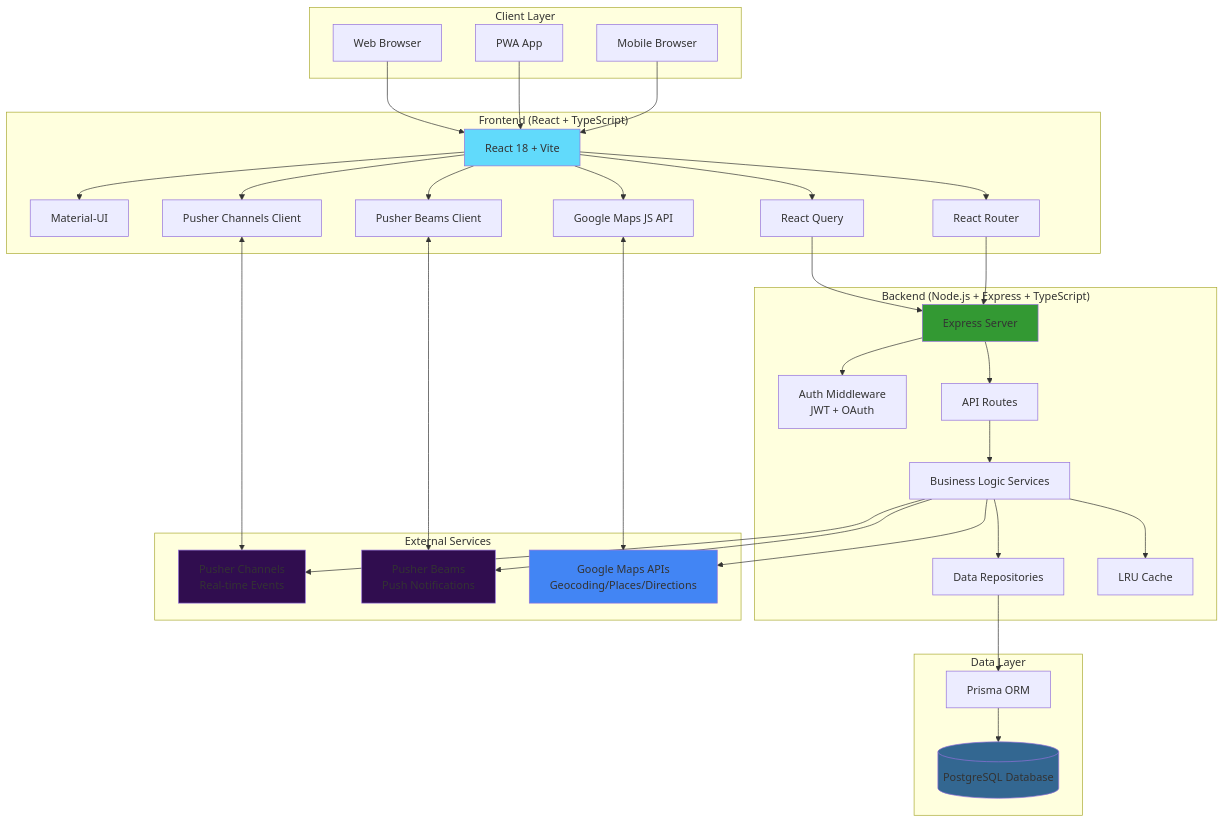
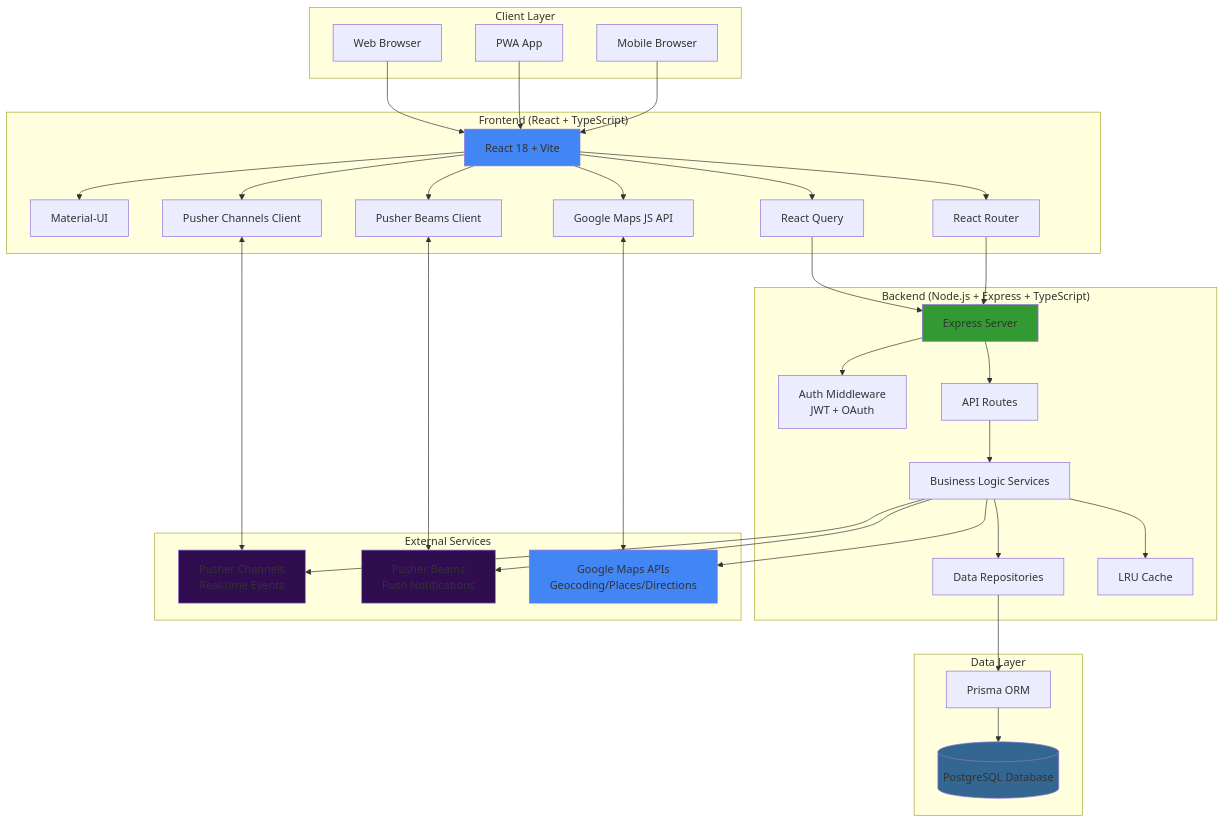
The first of 2 diagrams in README.md (MeetHalf/MeetHalf), drawn with Mermaid before and after one commit. The commit also changed other lines of this file and 1 other file, not shown here.

````diff
--- a/README.md
+++ b/README.md
@@ -680,75 +682,75 @@
 ```mermaid
 graph TB
     subgraph "Client Layer"
         Web[Web Browser]
         PWA[PWA App]
         Mobile[Mobile Browser]
     end
     
     subgraph "Frontend (React + TypeScript)"
         React[React 18 + Vite]
         MUI[Material-UI]
         Query[React Query]
         Maps[Google Maps JS API]
         PusherClient[Pusher Channels Client]
         BeamsClient[Pusher Beams Client]
         Router[React Router]
     end
     
     subgraph "Backend (Node.js + Express + TypeScript)"
         Express[Express Server]
         Auth[Auth Middleware<br/>JWT + OAuth]
         Routes[API Routes]
         Services[Business Logic Services]
         Repos[Data Repositories]
         Cache[LRU Cache]
     end
     
     subgraph "External Services"
         Pusher[Pusher Channels<br/>Real-time Events]
         Beams[Pusher Beams<br/>Push Notifications]
         GMaps[Google Maps APIs<br/>Geocoding/Places/Directions]
     end
     
     subgraph "Data Layer"
         Prisma[Prisma ORM]
         PostgreSQL[(PostgreSQL Database)]
     end
     
     Web --> React
     PWA --> React
     Mobile --> React
     
     React --> MUI
     React --> Query
     React --> Maps
     React --> PusherClient
     React --> BeamsClient
     React --> Router
     
     PusherClient <--> Pusher
     BeamsClient <--> Beams
     Maps <--> GMaps
     
     Query --> Express
     Router --> Express
     
     Express --> Auth
     Express --> Routes
     Routes --> Services
     Services --> Repos
     Services --> Cache
     Repos --> Prisma
     Prisma --> PostgreSQL
     
     Services --> Pusher
     Services --> Beams
     Services --> GMaps
     
-    style React fill:#61dafb
+    style React fill:#4285f4
     style Express fill:#339933
     style PostgreSQL fill:#336791
     style Pusher fill:#300d4f
     style Beams fill:#300d4f
     style GMaps fill:#4285f4
 ```
````
